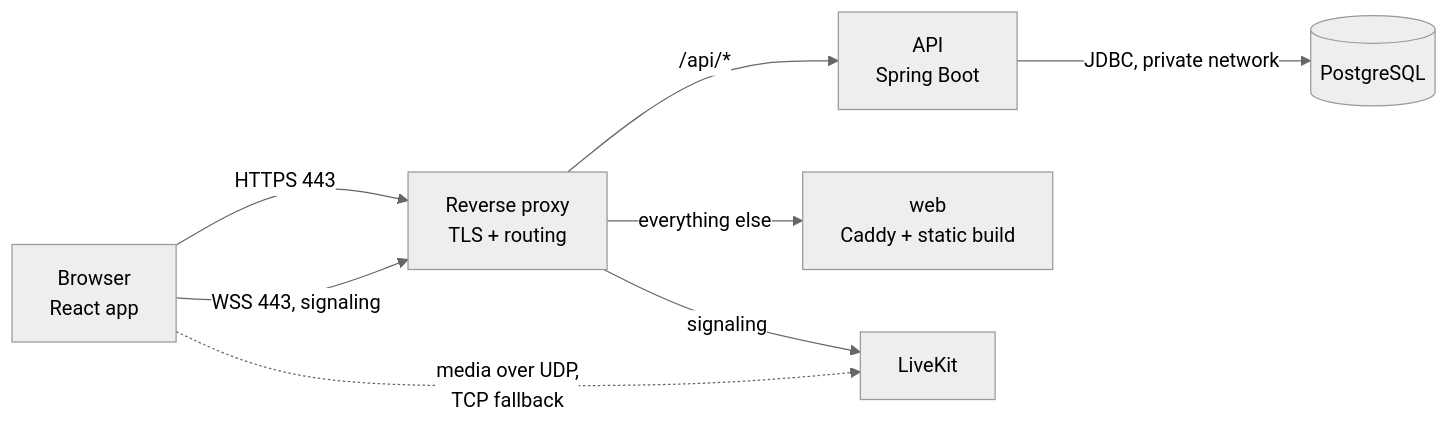
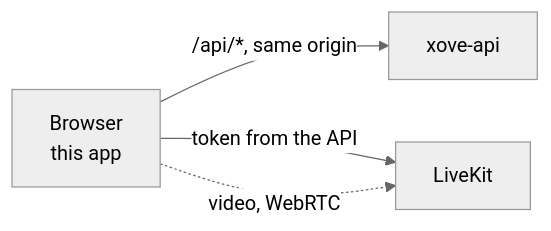
The first of 3 diagrams in docs/architecture.md (Hbrauveres/xove), drawn with Mermaid (neutral theme) before and after one commit. The commit also changed other lines of this file and 9 other files, not shown here.

````diff
--- a/docs/architecture.md
+++ b/docs/architecture.md
@@ -7,10 +7,6 @@
 ```mermaid
 flowchart LR
-  B[Browser<br/>React app] -->|HTTPS 443| P[Reverse proxy<br/>TLS + routing]
-  P -->|/api/*| A[API<br/>Spring Boot]
-  P -->|everything else| W[web<br/>Caddy + static build]
-  A -->|JDBC, private network| D[(PostgreSQL)]
-  B -->|WSS 443, signaling| P
-  P -->|signaling| L[LiveKit]
-  B -.->|media over UDP,<br/>TCP fallback| L
+  B[Browser<br/>this app] -->|/api/*, same origin| A[xove-api]
+  B -->|token from the API| L[LiveKit]
+  B -.->|video, WebRTC| L
 ```
````
